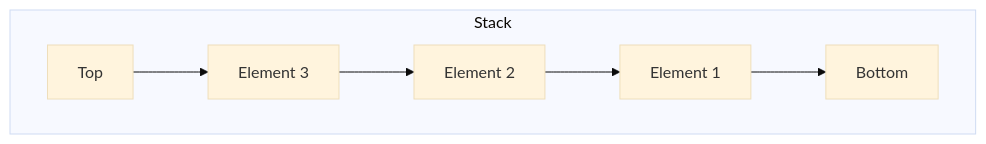
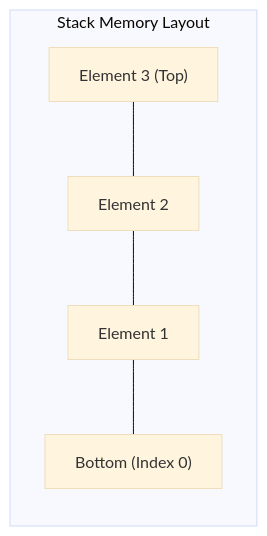
Before and after one commit to Amey-Thakur/PYTHON-SHORTS: the second of 2 diagrams in Source Code/Stack/README.md, drawn with Mermaid (base theme). The commit also changed other lines of this file, not shown here.

````diff
--- a/Source Code/Stack/README.md
+++ b/Source Code/Stack/README.md
@@ -60,9 +76,9 @@
 ```mermaid
-graph TD
-    subgraph Stack
-        T[Top] --> E3[Element 3]
-        E3 --> E2[Element 2]
-        E2 --> E1[Element 1]
-        E1 --> B[Bottom]
+graph BT
+    subgraph S ["Stack Memory Layout"]
+        direction BT
+        B["Bottom (Index 0)"] --- E1["Element 1"]
+        E1 --- E2["Element 2"]
+        E2 --- E3["Element 3 (Top)"]
     end
 ```
````
